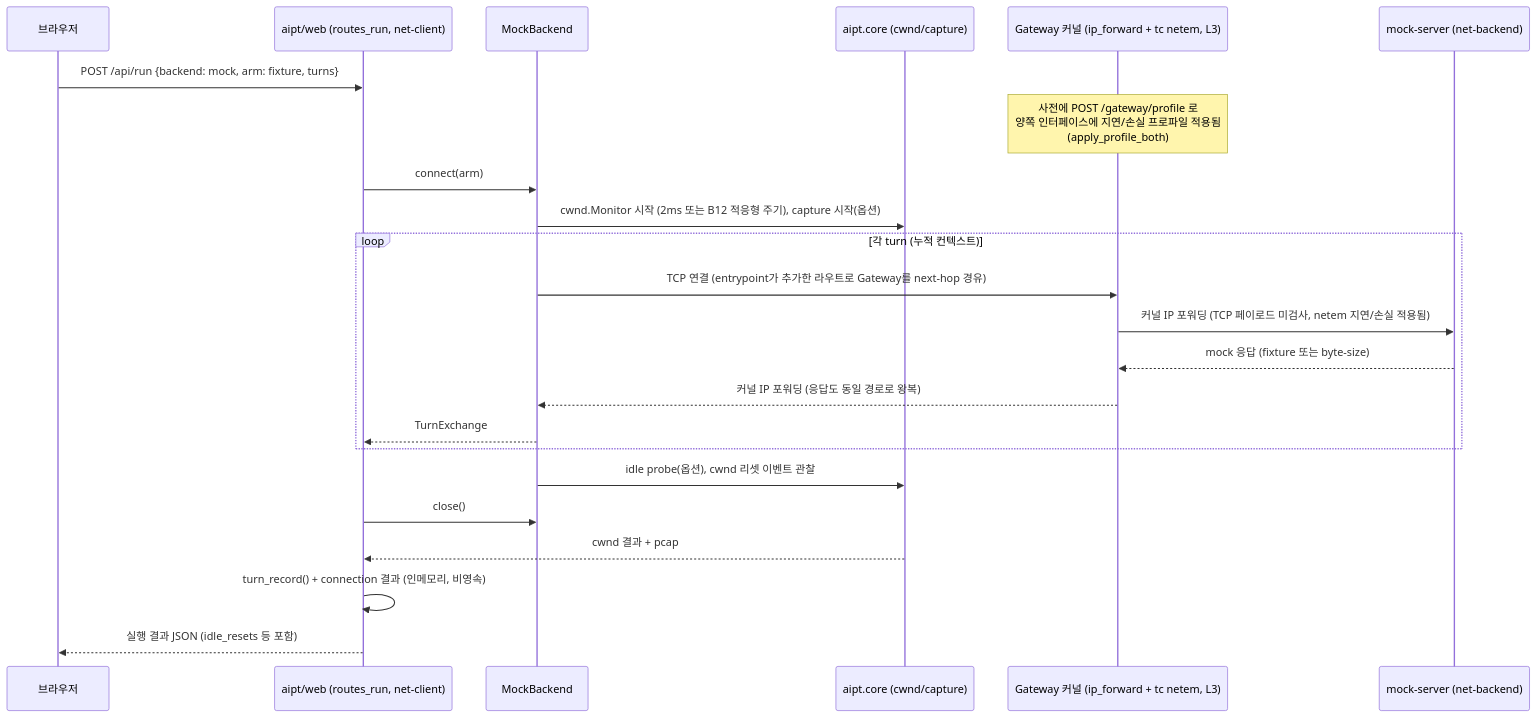
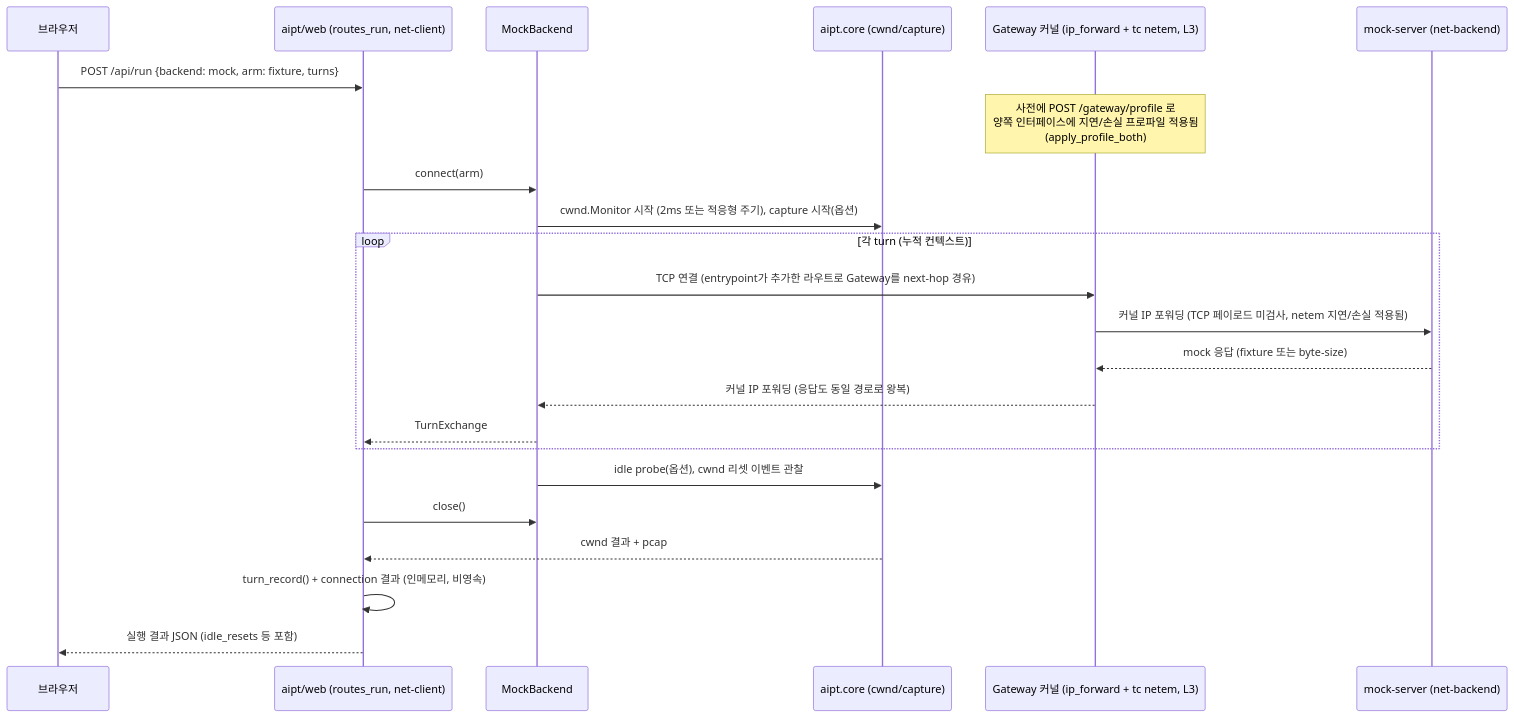
One commit to sangrokhan/remote_work changed the third of 4 diagrams in AIPT/ARCHITECTURE.md. Above: the diagram before and after it, drawn with Mermaid. The commit also changed other lines of this file, not shown here.

````diff
--- a/AIPT/ARCHITECTURE.md
+++ b/AIPT/ARCHITECTURE.md
@@ -353,26 +352,26 @@
 ```mermaid
 sequenceDiagram
     participant U as 브라우저
     participant W as aipt/web (routes_run, net-client)
     participant B as MockBackend
     participant Core as aipt.core (cwnd/capture)
     participant K as Gateway 커널 (ip_forward + tc netem, L3)
     participant M as mock-server (net-backend)
 
     U->>W: POST /api/run {backend: mock, arm: fixture, turns}
     Note over K: 사전에 POST /gateway/profile 로<br/>양쪽 인터페이스에 지연/손실 프로파일 적용됨<br/>(apply_profile_both)
     W->>B: connect(arm)
-    B->>Core: cwnd.Monitor 시작 (2ms 또는 B12 적응형 주기), capture 시작(옵션)
+    B->>Core: cwnd.Monitor 시작 (2ms 또는 적응형 주기), capture 시작(옵션)
     loop 각 turn (누적 컨텍스트)
         B->>K: TCP 연결 (entrypoint가 추가한 라우트로 Gateway를 next-hop 경유)
         K->>M: 커널 IP 포워딩 (TCP 페이로드 미검사, netem 지연/손실 적용됨)
         M-->>K: mock 응답 (fixture 또는 byte-size)
         K-->>B: 커널 IP 포워딩 (응답도 동일 경로로 왕복)
         B-->>W: TurnExchange
     end
     B->>Core: idle probe(옵션), cwnd 리셋 이벤트 관찰
     W->>B: close()
     Core-->>W: cwnd 결과 + pcap
     W->>W: turn_record() + connection 결과 (인메모리, 비영속)
     W-->>U: 실행 결과 JSON (idle_resets 등 포함)
 ```
````
